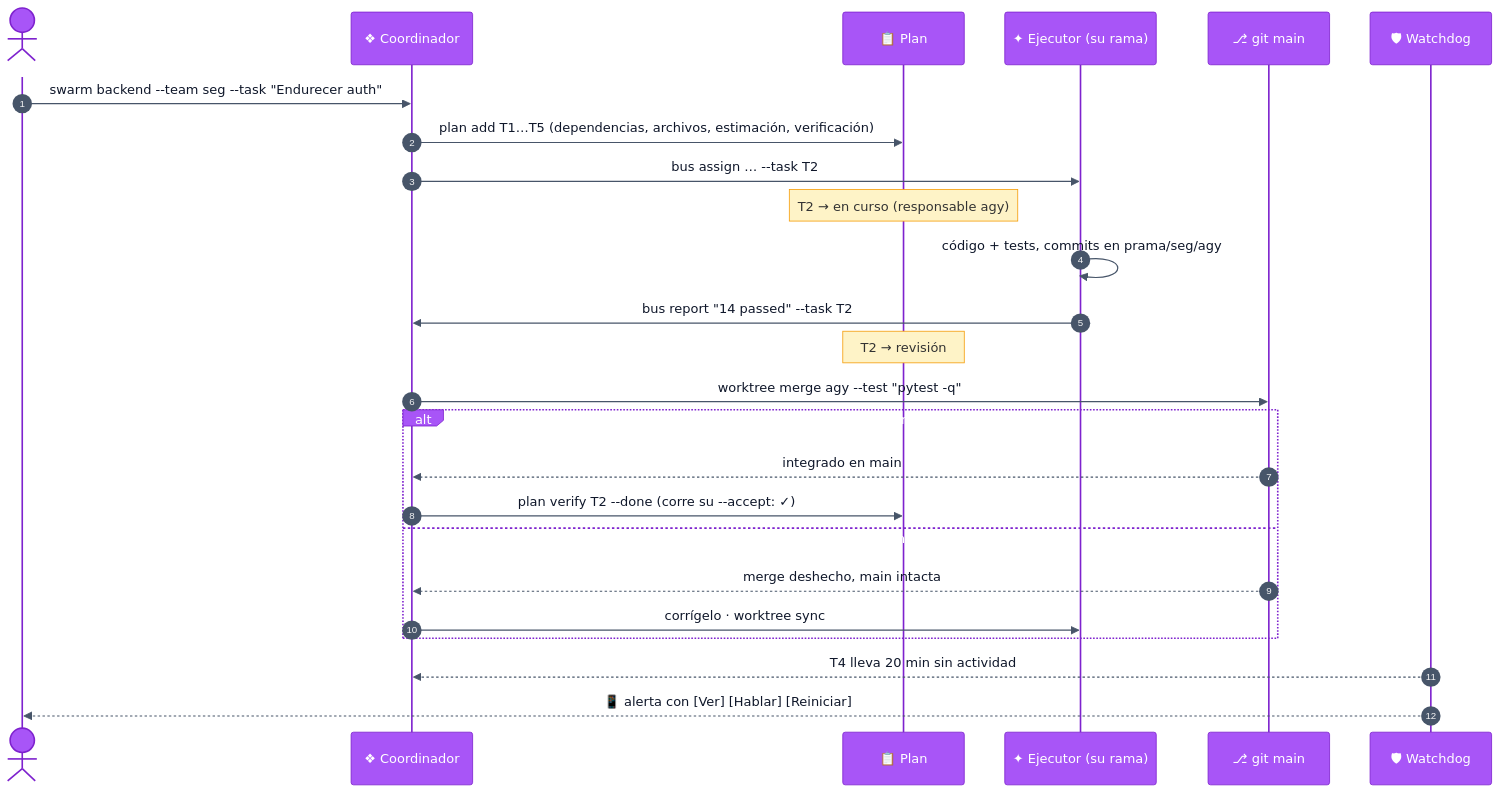
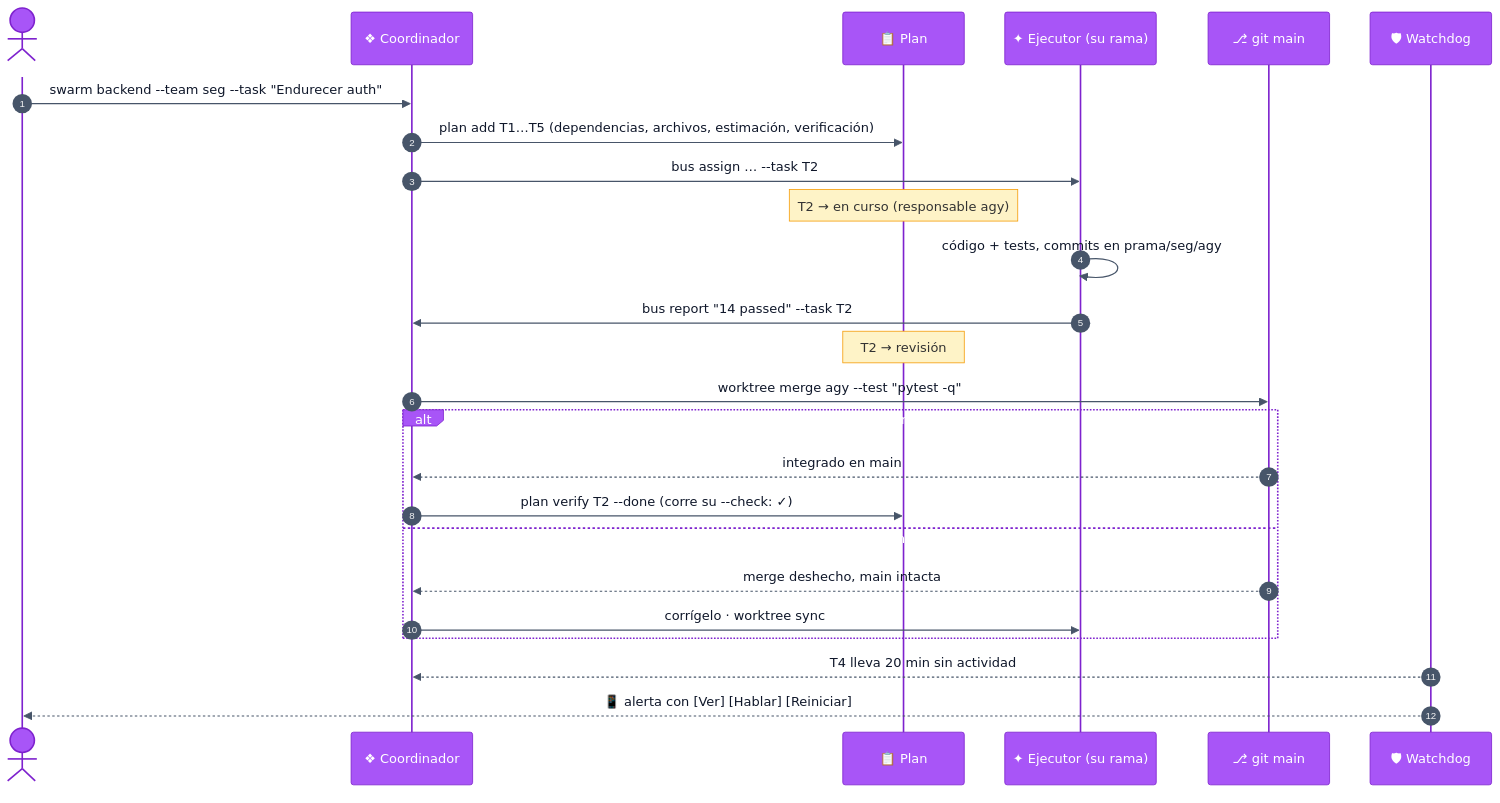
One commit to JSNN15/prama-agent changed the second of 2 diagrams in docs/GUIDE.es.md. Above: the diagram before and after it, drawn with Mermaid. The commit also changed other lines of this file and 17 other files, not shown here.

````diff
--- a/docs/GUIDE.es.md
+++ b/docs/GUIDE.es.md
@@ -280,28 +290,28 @@
 ```mermaid
 %%{init: {"theme":"base","themeVariables":{"fontFamily":"ui-sans-serif, system-ui","actorBkg":"#a855f7","actorTextColor":"#ffffff","actorBorder":"#7e22ce","signalColor":"#475569","signalTextColor":"#0f172a","noteBkgColor":"#fef3c7","noteBorderColor":"#f59e0b","activationBkgColor":"#e0f2fe"}}}%%
 sequenceDiagram
   autonumber
   actor Tú
   participant C as ❖ Coordinador
   participant P as 📋 Plan
   participant E as ✦ Ejecutor (su rama)
   participant G as ⎇ git main
   participant W as 🛡 Watchdog
   Tú->>C: swarm backend --team seg --task "Endurecer auth"
   C->>P: plan add T1…T5 (dependencias, archivos, estimación, verificación)
   C->>E: bus assign … --task T2
   Note over P: T2 → en curso (responsable agy)
   E->>E: código + tests, commits en prama/seg/agy
   E->>C: bus report "14 passed" --task T2
   Note over P: T2 → revisión
   C->>G: worktree merge agy --test "pytest -q"
   alt los tests pasan
     G-->>C: integrado en main
-    C->>P: plan verify T2 --done (corre su --accept: ✓)
+    C->>P: plan verify T2 --done (corre su --check: ✓)
   else fallan los tests o hay conflicto
     G-->>C: merge deshecho, main intacta
     C->>E: corrígelo · worktree sync
   end
   W-->>C: T4 lleva 20 min sin actividad
   W-->>Tú: 📱 alerta con [Ver] [Hablar] [Reiniciar]
 ```
````
